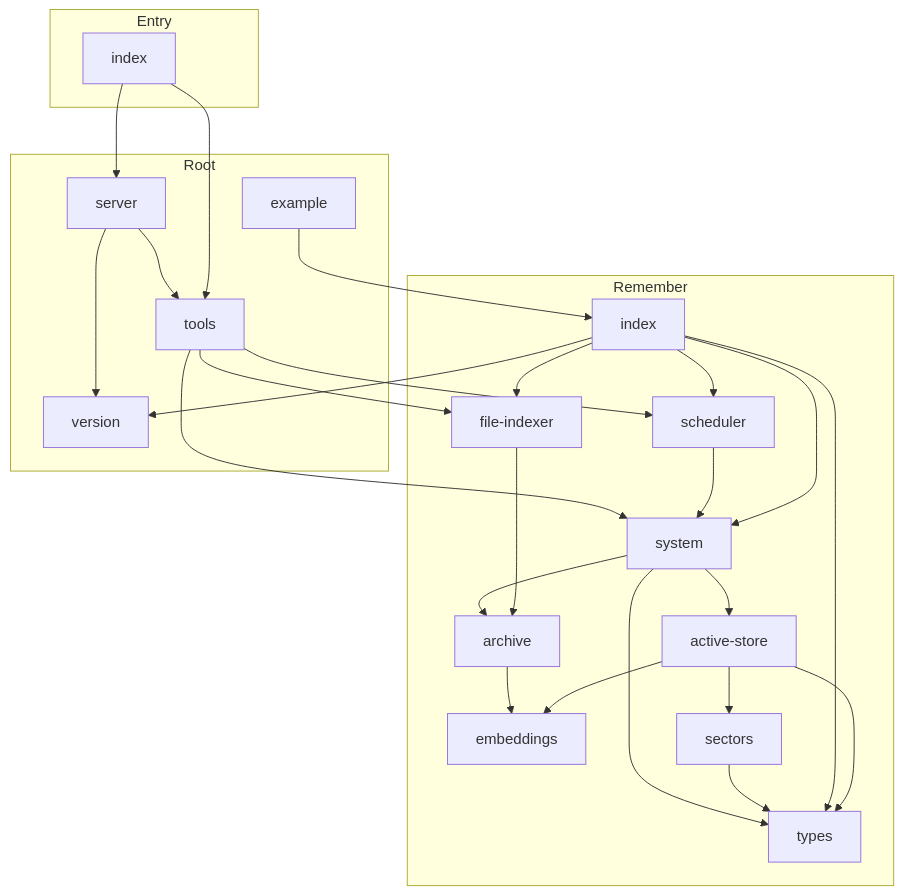
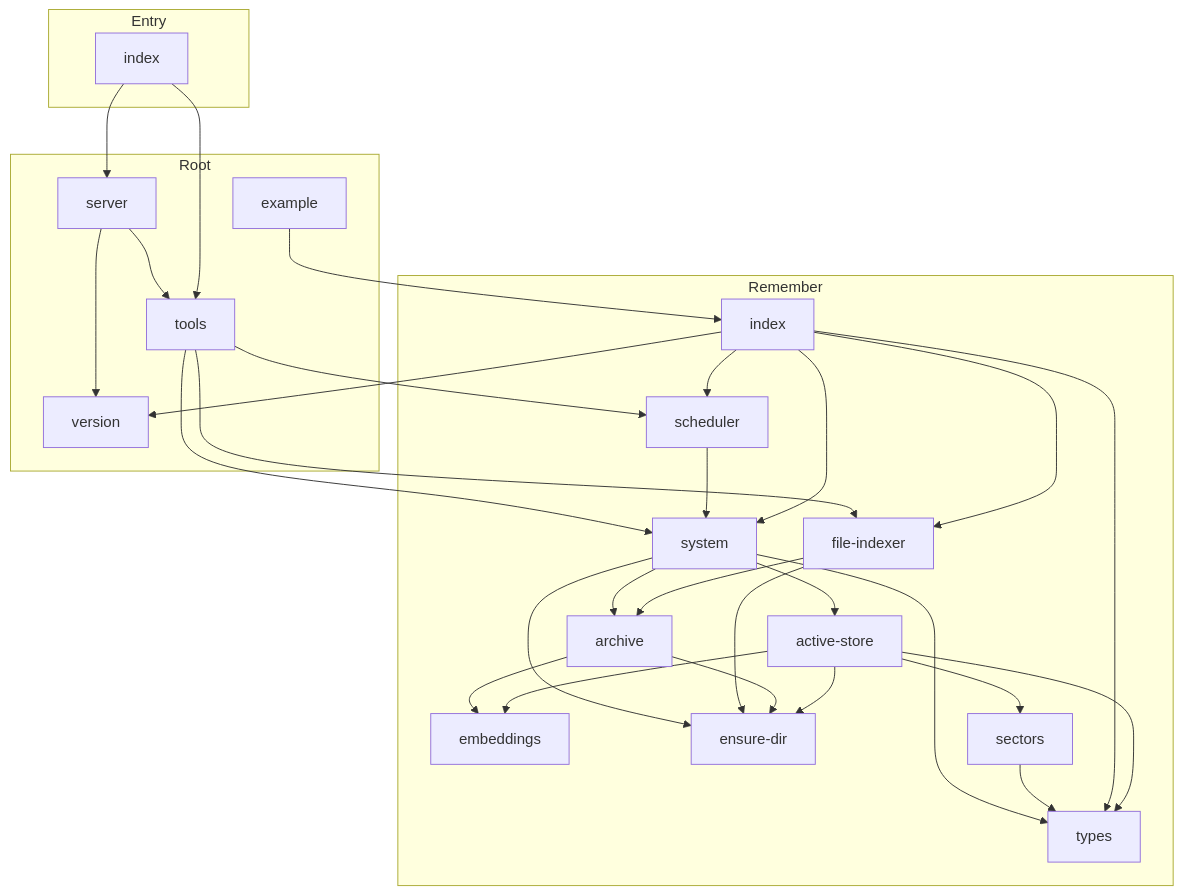
One commit to danielsimonjr/remember-mcp changed the diagram in docs/architecture/DEPENDENCY_GRAPH.md. Above: the diagram before and after it, drawn with Mermaid. The commit also changed other lines of this file and 16 other files, not shown here.

````diff
--- a/docs/architecture/DEPENDENCY_GRAPH.md
+++ b/docs/architecture/DEPENDENCY_GRAPH.md
@@ -314,49 +330,54 @@
 ```mermaid
 graph TD
     subgraph Root
         N0[example]
         N1[server]
         N2[tools]
         N3[version]
     end
 
     subgraph Entry
         N4[index]
     end
 
     subgraph Remember
         N5[active-store]
         N6[archive]
         N7[embeddings]
-        N8[file-indexer]
-        N9[index]
-        N10[scheduler]
-        N11[sectors]
-        N12[system]
-        N13[types]
+        N8[ensure-dir]
+        N9[file-indexer]
+        N10[index]
+        N11[scheduler]
+        N12[sectors]
+        N13[system]
+        N14[types]
     end
 
-    N0 --> N9
+    N0 --> N10
     N4 --> N1
     N4 --> N2
+    N5 --> N8
     N5 --> N7
-    N5 --> N11
-    N5 --> N13
+    N5 --> N12
+    N5 --> N14
     N6 --> N7
-    N8 --> N6
-    N9 --> N12
+    N6 --> N8
+    N9 --> N6
     N9 --> N8
-    N9 --> N10
-    N9 --> N13
-    N9 --> N3
-    N10 --> N12
+    N10 --> N13
+    N10 --> N9
+    N10 --> N11
+    N10 --> N14
+    N10 --> N3
     N11 --> N13
-    N12 --> N5
-    N12 --> N6
-    N12 --> N13
+    N12 --> N14
+    N13 --> N5
+    N13 --> N8
+    N13 --> N6
+    N13 --> N14
     N1 --> N2
     N1 --> N3
-    N2 --> N8
-    N2 --> N10
-    N2 --> N12
+    N2 --> N9
+    N2 --> N11
+    N2 --> N13
 ```
````
